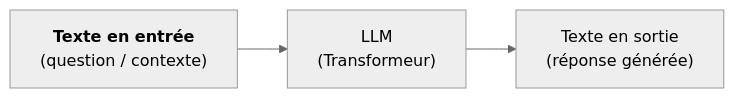
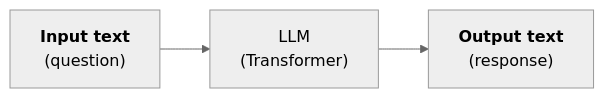
The first of 3 diagrams in docs/ia/llm/index.md (mborne/mborne.github.io), drawn with Mermaid (neutral theme) before and after one commit. The commit also changed 1 other file, not shown here.

Commit message:
ajout script install lima-VM

````diff
--- a/docs/ia/llm/index.md
+++ b/docs/ia/llm/index.md
@@ -16,9 +16,9 @@
 ```mermaid
 graph LR
-  IN["<b>Texte en entrée</b><br />(question / contexte)"]
-  LLM["LLM<br />(Transformeur)"]
-  OUT["Texte en sortie<br />(réponse générée)"]
+  IN["<b>Input text</b><br />(question)"]
+  LLM["LLM<br />(Transformer)"]
+  OUT["<b>Output text</b><br />(response)"]
 
   IN --> LLM
   LLM --> OUT
 ```
````
